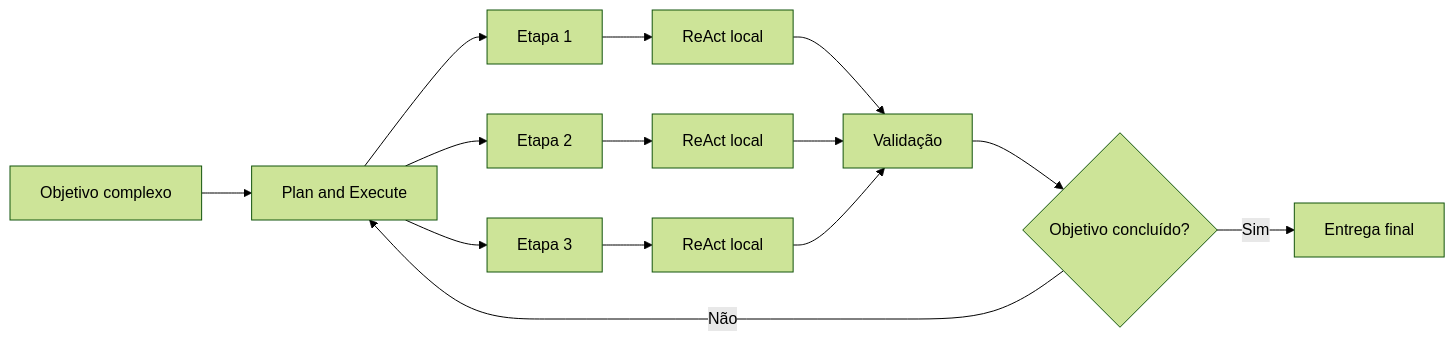
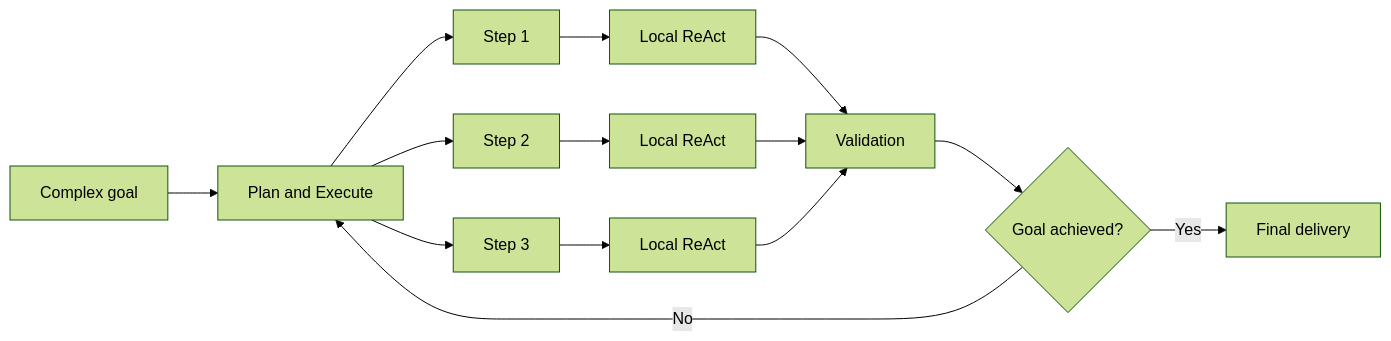
One commit to rpelizza/PelizzAI changed the second of 3 diagrams in dist/.claude/skills/pelizzai-reasoning/techniques/plan-and-execute.md. Above: the diagram before and after it, drawn with Mermaid (forest theme). The commit also changed other lines of this file and 362 other files, not shown here.

````diff
--- a/dist/.claude/skills/pelizzai-reasoning/techniques/plan-and-execute.md
+++ b/dist/.claude/skills/pelizzai-reasoning/techniques/plan-and-execute.md
@@ -116,19 +116,19 @@
 ```mermaid
 flowchart LR
-    A[Objetivo complexo] --> B[Plan and Execute]
-    B --> C[Etapa 1]
-    B --> D[Etapa 2]
-    B --> E[Etapa 3]
+    A[Complex goal] --> B[Plan and Execute]
+    B --> C[Step 1]
+    B --> D[Step 2]
+    B --> E[Step 3]
 
-    C --> F[ReAct local]
-    D --> G[ReAct local]
-    E --> H[ReAct local]
+    C --> F[Local ReAct]
+    D --> G[Local ReAct]
+    E --> H[Local ReAct]
 
-    F --> I[Validação]
+    F --> I[Validation]
     G --> I
     H --> I
 
-    I --> J{Objetivo concluído?}
-    J -- Não --> B
-    J -- Sim --> K[Entrega final]
+    I --> J{Goal achieved?}
+    J -- No --> B
+    J -- Yes --> K[Final delivery]
 ```
````
